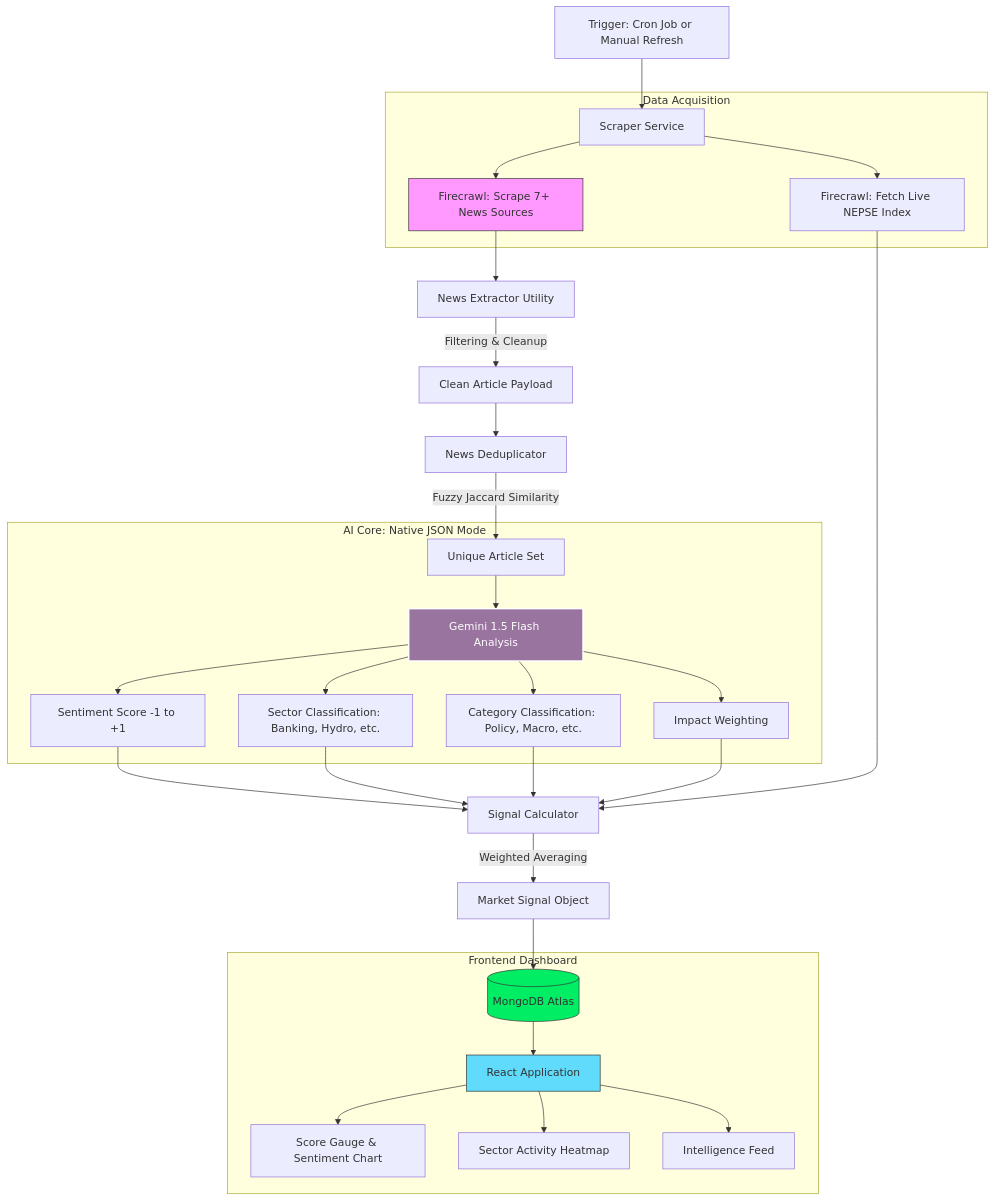
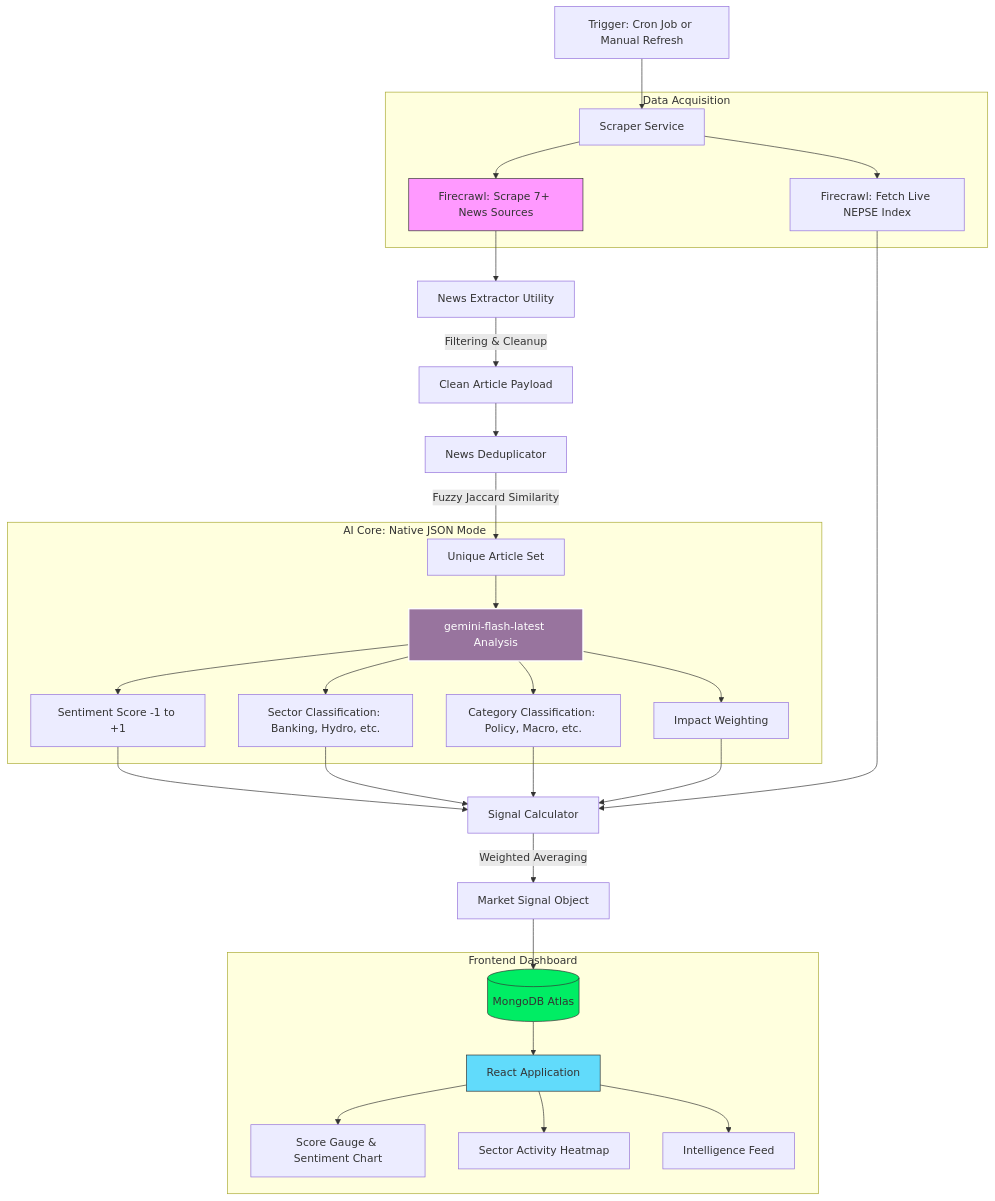
Before and after one commit to GosuCode/artha: the diagram in SYSTEM_ARCHITECTURE.md, drawn with Mermaid. The commit also changed 8 other files, not shown here.

````diff
--- a/SYSTEM_ARCHITECTURE.md
+++ b/SYSTEM_ARCHITECTURE.md
@@ -7,39 +7,39 @@
 ```mermaid
 graph TD
     A[Trigger: Cron Job or Manual Refresh] --> B[Scraper Service]
 
     subgraph "Data Acquisition"
         B --> B1[Firecrawl: Scrape 7+ News Sources]
         B --> B2[Firecrawl: Fetch Live NEPSE Index]
     end
 
     B1 --> C[News Extractor Utility]
     C -->|Filtering & Cleanup| D[Clean Article Payload]
     D --> E[News Deduplicator]
     E -->|Fuzzy Jaccard Similarity| F[Unique Article Set]
 
     subgraph "AI Core: Native JSON Mode"
-        F --> G[Gemini 1.5 Flash Analysis]
+        F --> G[gemini-flash-latest Analysis]
         G --> G1[Sentiment Score -1 to +1]
         G --> G2[Sector Classification: Banking, Hydro, etc.]
         G --> G3[Category Classification: Policy, Macro, etc.]
         G --> G4[Impact Weighting]
     end
 
     G1 & G2 & G3 & G4 & B2 --> H[Signal Calculator]
     H -->|Weighted Averaging| I[Market Signal Object]
 
     I --> J[(MongoDB Atlas)]
 
     subgraph "Frontend Dashboard"
         J --> K[React Application]
         K --> L[Score Gauge & Sentiment Chart]
         K --> M[Sector Activity Heatmap]
         K --> N[Intelligence Feed]
     end
 
     style B1 fill:#f9f,stroke:#333,stroke-width:1px
     style G fill:#98749e,stroke:#fff,stroke-width:2px,color:#fff
     style J fill:#00ed64,stroke:#333
     style K fill:#61dbfb,stroke:#333
 ```
````
